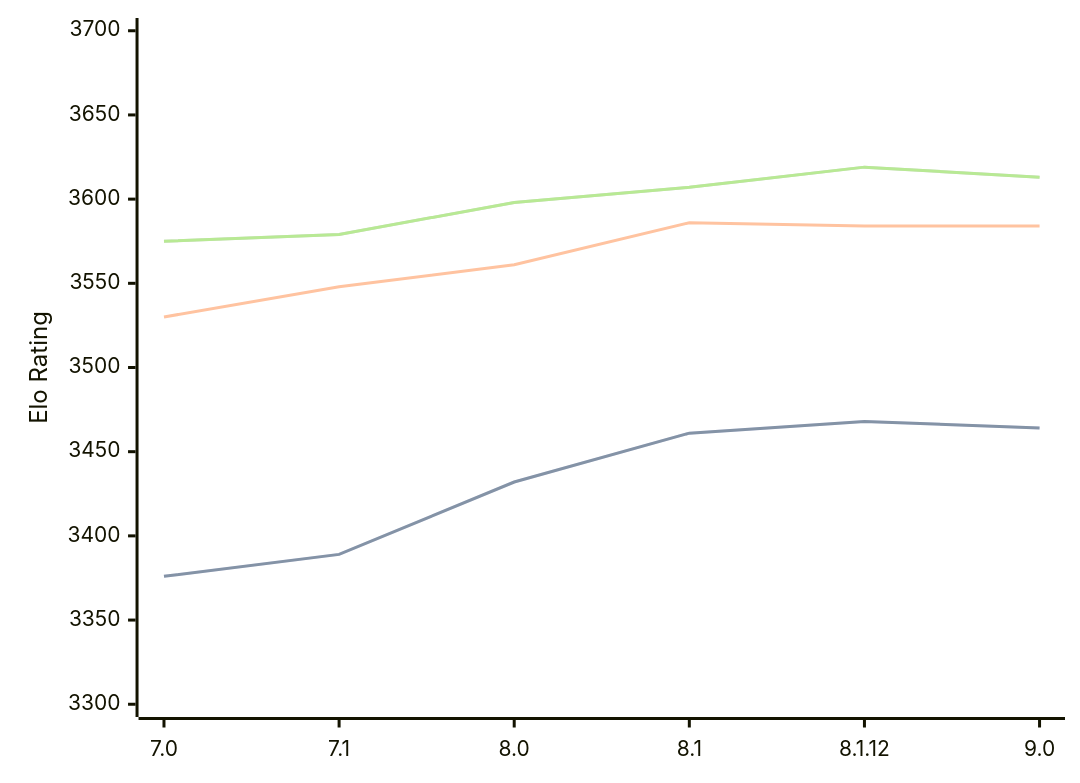
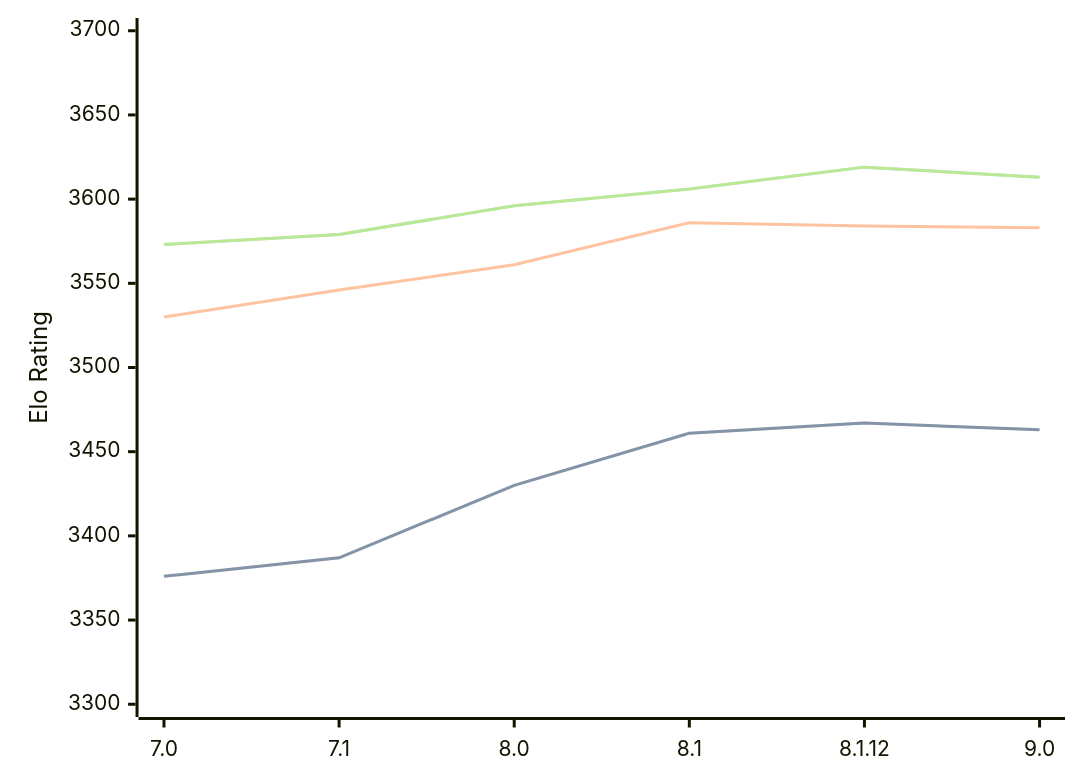
Before and after one commit to computer-chess-index/cci: the diagram in engines/Alexandria.md, drawn with Mermaid. The commit also changed other lines of this file, not shown here.

Commit message:
Update CCI Ratings (ELO VLTC) - 2026-03-07

````diff
--- a/engines/Alexandria.md
+++ b/engines/Alexandria.md
@@ -53,11 +53,11 @@
 ```mermaid
 %%{init: {"theme":"base","themeVariables":{"seriesColors:['#a3a3a3','#222221','#faa371']}}}%%
 xychart-beta
   x-axis ["7.0", "7.1", "8.0", "8.1", "8.1.12", "9.0"]
   y-axis "Elo Rating" 3300 --> 3700
-  line "STC (8.0+0.08s)" [3376, 3389, 3432, 3461, 3468, 3464]
-  line "STC (8.0+0.08s)" [3376, 3389, 3432, 3461, 3468, 3464]
-  line "LTC (60.0+0.60s)" [3530, 3548, 3561, 3586, 3584, 3584]
-  line "VLTC (2m24s+1.12s)" [3575, 3579, 3598, 3607, 3619, 3613]
-  line "VLTC (2m24s+1.12s)" [3575, 3579, 3598, 3607, 3619, 3613]
+  line "STC (8.0+0.08s)" [3376, 3387, 3430, 3461, 3467, 3463]
+  line "STC (8.0+0.08s)" [3376, 3387, 3430, 3461, 3467, 3463]
+  line "LTC (60.0+0.60s)" [3530, 3546, 3561, 3586, 3584, 3583]
+  line "VLTC (2m24s+1.12s)" [3573, 3579, 3596, 3606, 3619, 3613]
+  line "VLTC (2m24s+1.12s)" [3573, 3579, 3596, 3606, 3619, 3613]
 ```
````
